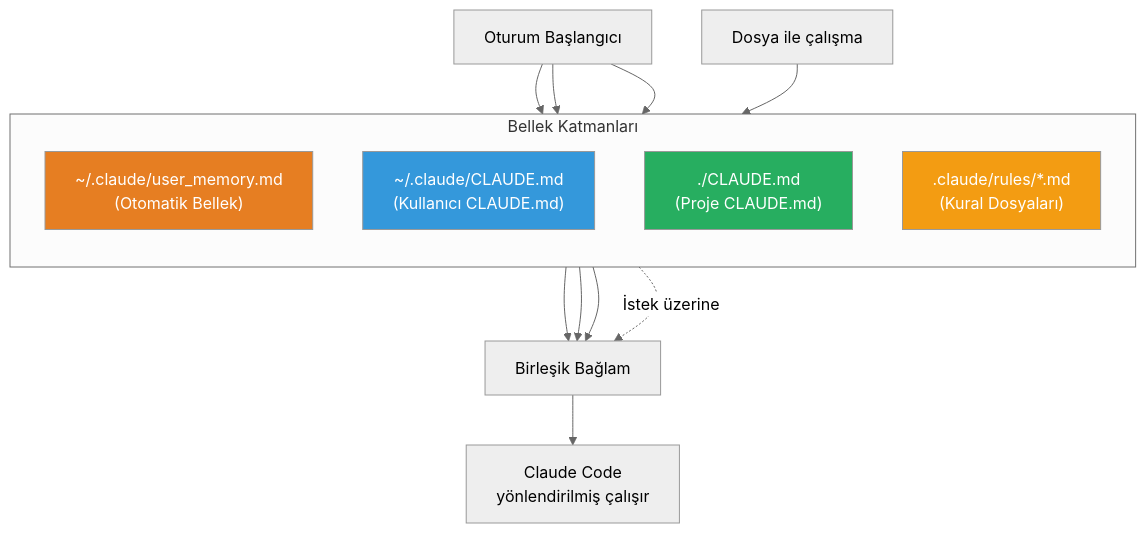
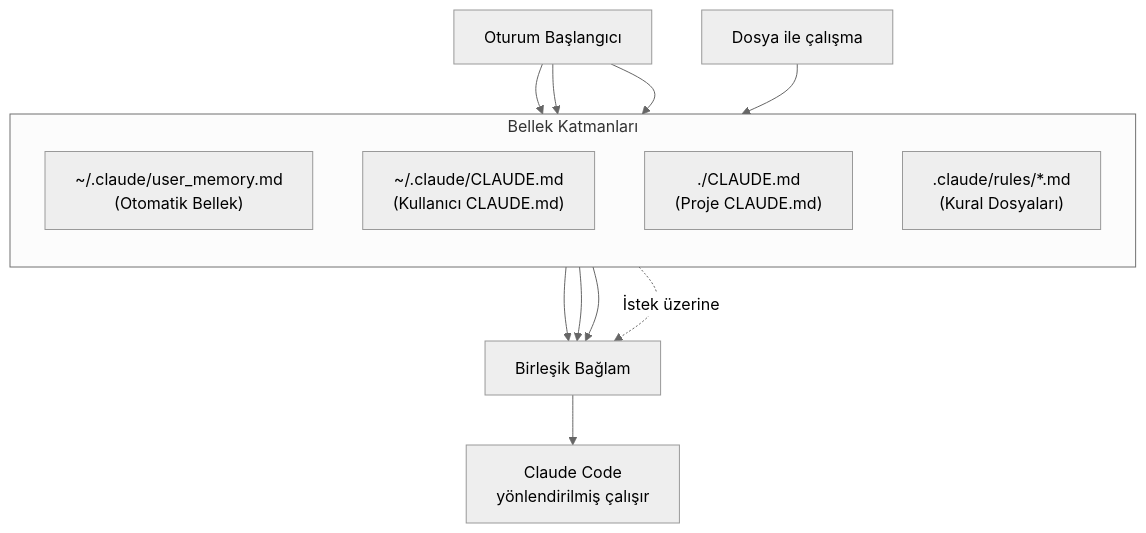
One commit to IzzetYasinAtes/ClaudeCodeHandbook changed the fifth of 5 diagrams in 09-bellek-ve-baglam/04-otomatik-bellek.md. Above: the diagram before and after it, drawn with Mermaid (neutral theme). The commit also changed other lines of this file and 97 other files, not shown here.

Commit message:
Remove all custom Mermaid style/fill colors from 98 markdown files for consistent dark theme rendering

````diff
--- a/09-bellek-ve-baglam/04-otomatik-bellek.md
+++ b/09-bellek-ve-baglam/04-otomatik-bellek.md
@@ -232,27 +226,23 @@
 ```mermaid
 flowchart TD
     subgraph katmanlar ["Bellek Katmanları"]
         direction TB
         UM["~/.claude/user_memory.md<br/>(Otomatik Bellek)"]
         UC["~/.claude/CLAUDE.md<br/>(Kullanıcı CLAUDE.md)"]
         PC["./CLAUDE.md<br/>(Proje CLAUDE.md)"]
         PR[".claude/rules/*.md<br/>(Kural Dosyaları)"]
     end
 
     SESSION["Oturum Başlangıcı"] --> UM
     SESSION --> UC
     SESSION --> PC
     WORK["Dosya ile çalışma"] --> PR
 
     UM --> CTX["Birleşik Bağlam"]
     UC --> CTX
     PC --> CTX
     PR -.->|"İstek üzerine"| CTX
 
     CTX --> CLAUDE["Claude Code<br/>yönlendirilmiş çalışır"]
 
-    style UM fill:#E67E22,color:#fff
-    style UC fill:#3498DB,color:#fff
-    style PC fill:#27AE60,color:#fff
-    style PR fill:#F39C12,color:#fff
 ```
````
